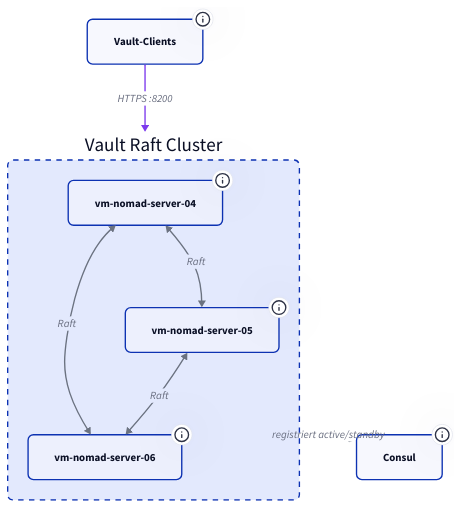
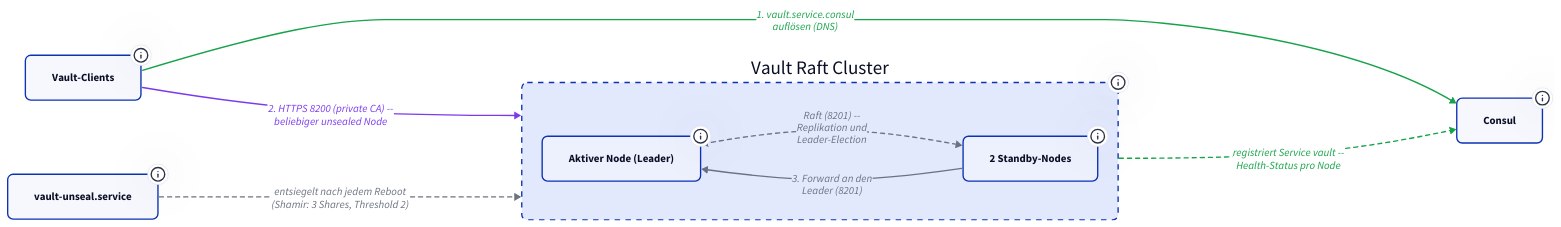
One commit to derever-labs/homelab-wiki changed the first of 2 diagrams in docs/plattform/vault/index.md. Above: the diagram before and after it, drawn with D2. The commit also changed other lines of this file and 2 other files, not shown here.

````diff
--- a/docs/plattform/vault/index.md
+++ b/docs/plattform/vault/index.md
@@ -35,56 +43,50 @@
 ```d2
 classes: {
   node: { style: { border-radius: 8 } }
   container: { style: { border-radius: 8; stroke-dash: 4 } }
+  secrets: { style: { stroke: "#7c3aed"; font-color: "#7c3aed" } }
+  disco: { style: { stroke: "#16a34a"; font-color: "#16a34a" } }
+  disco-async: { style: { stroke: "#16a34a"; stroke-dash: 3; font-color: "#16a34a" } }
+  intern: { style: { stroke: "#6b7280"; font-color: "#6b7280" } }
+  intern-async: { style: { stroke: "#6b7280"; stroke-dash: 3; font-color: "#6b7280" } }
+}
+
+direction: right
+
+clients: Vault-Clients {
+  class: node
+  tooltip: "Nomad-Tasks via Workload Identity, Admin-CLI, nächtlicher Snapshot-Job"
+}
+
+Consul: Consul {
+  class: node
+  tooltip: "Health-Check pro Node -- ein sealed Node fällt aus der DNS-Antwort"
 }
 
 raft: Vault Raft Cluster {
   class: container
+  tooltip: "vm-nomad-server-04/05/06 -- je ein Vault-Prozess"
 
-  V1: vm-nomad-server-04 {
+  leader: Aktiver Node (Leader) {
     class: node
-    tooltip: "10.0.2.104 | Port 8200 (API) / 8201 (Cluster)"
+    tooltip: "einziger schreibender Node -- Schreib-Quorum 2 von 3"
   }
-  V2: vm-nomad-server-05 {
+  standby: 2 Standby-Nodes {
     class: node
-    tooltip: "10.0.2.105 | Port 8200 (API) / 8201 (Cluster)"
-  }
-  V3: vm-nomad-server-06 {
-    class: node
-    tooltip: "10.0.2.106 | Port 8200 (API) / 8201 (Cluster)"
+    tooltip: "nehmen Anfragen an, beantworten sie aber nicht selbst"
   }
 
-  V1 <-> V2: Raft {
-    style.stroke: "#6b7280"
-    tooltip: "Port 8201 | Datenreplikation und Leader Election"
-  }
-  V2 <-> V3: Raft {
-    style.stroke: "#6b7280"
-    tooltip: "Port 8201 | Datenreplikation und Leader Election"
-  }
-  V3 <-> V1: Raft {
-    style.stroke: "#6b7280"
-    tooltip: "Port 8201 | Datenreplikation und Leader Election"
-  }
+  standby -> leader: "3. Forward an den\nLeader (8201)" { class: intern }
+  leader <-> standby: "Raft (8201) --\nReplikation und\nLeader-Election" { class: intern-async }
 }
 
-clients: Vault-Clients {
+unseal: vault-unseal.service {
   class: node
-  tooltip: "Nomad Tasks (Workload Identity, Ablauf siehe unten), Admin-CLI"
+  tooltip: "Boot-Service auf jedem Node -- liest die Shamir-Keys lokal aus /etc/vault.d/unseal-keys"
 }
 
-Consul: Consul {
-  class: node
-  tooltip: "Service Discovery: vault.service.consul und active.vault"
-}
-
-clients -> raft: HTTPS :8200 {
-  style.stroke: "#7c3aed"
-  tooltip: "Zugriff über vault.service.consul -- kein fest verdrahteter Node"
-}
-raft -> Consul: registriert active/standby {
-  style.stroke: "#6b7280"
-  style.stroke-dash: 3
-  tooltip: "Jeder Node meldet seinen Zustand, Consul löst auf den aktiven Leader auf"
-}
+clients -> Consul: "1. vault.service.consul\nauflösen (DNS)" { class: disco }
+clients -> raft: "2. HTTPS 8200 (private CA) --\nbeliebiger unsealed Node" { class: secrets }
+raft -> Consul: "registriert Service vault --\nHealth-Status pro Node" { class: disco-async }
+unseal -> raft: "entsiegelt nach jedem Reboot\n(Shamir: 3 Shares, Threshold 2)" { class: intern-async }
 ```
````
